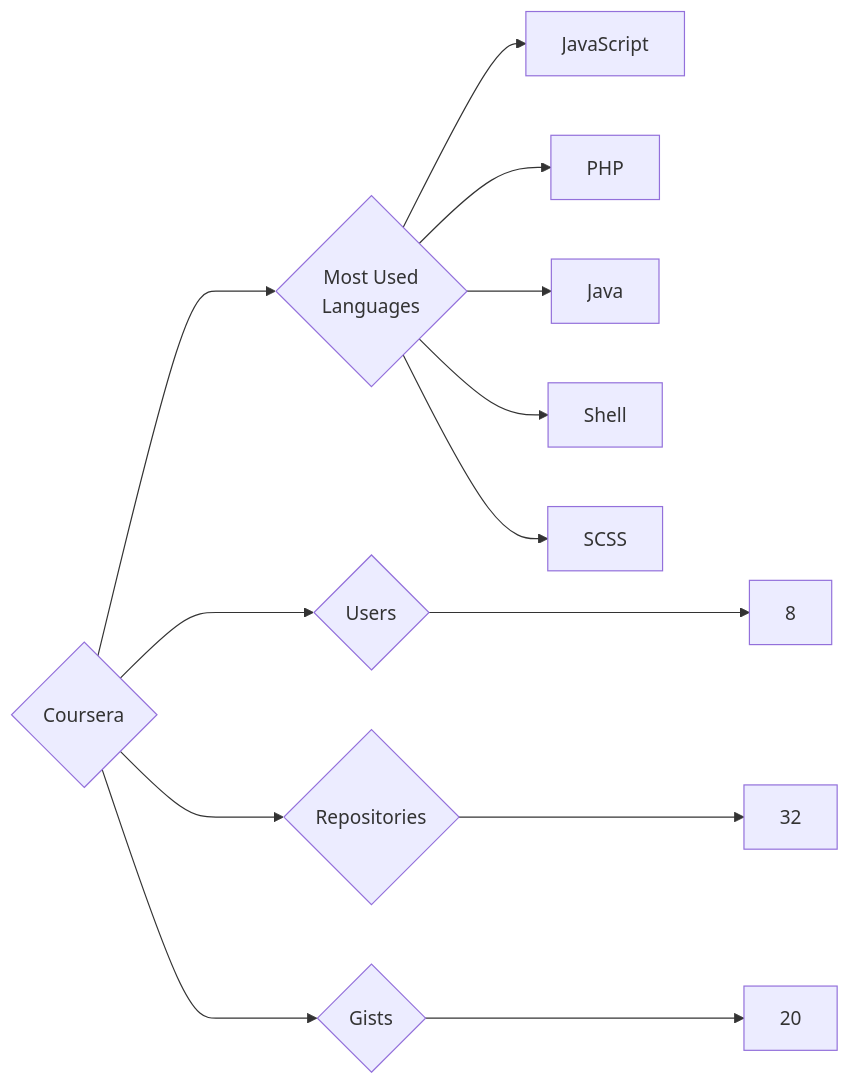
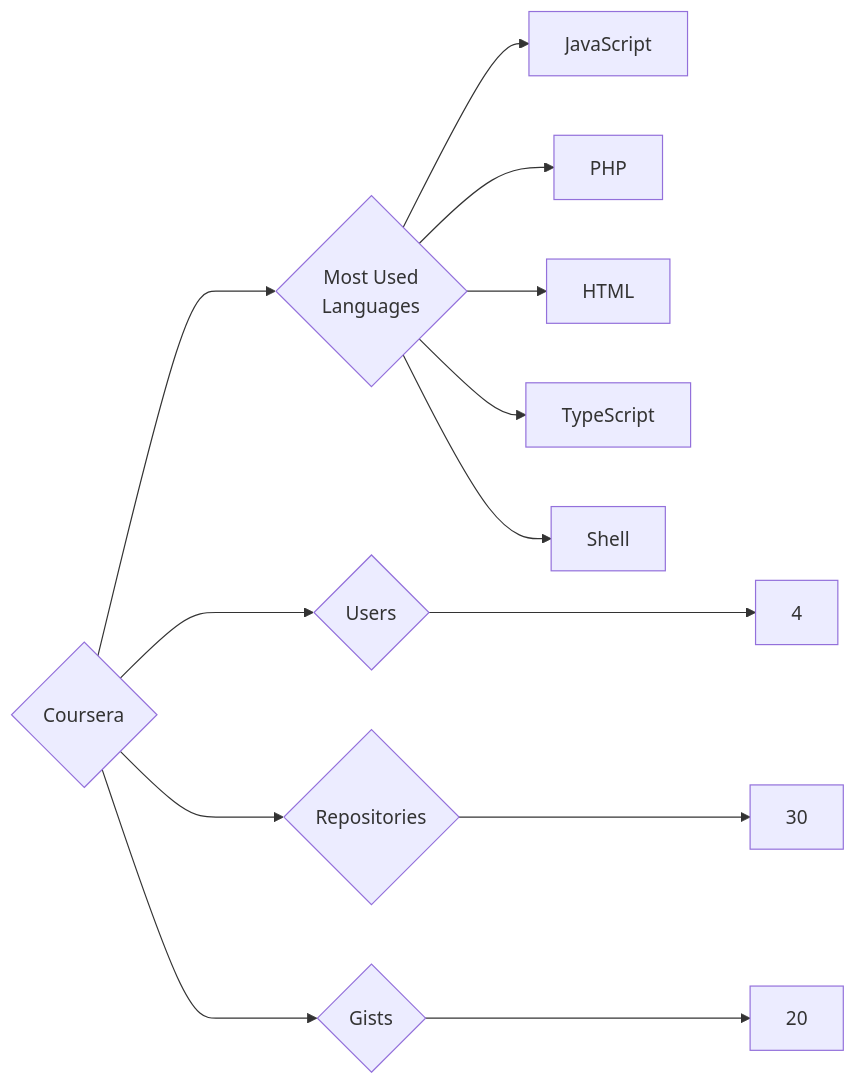
The diagram in targets/Coursera/README.md (trickest/insiders), drawn with Mermaid before and after one commit. The commit also changed 1170 other files, not shown here.

````diff
--- a/targets/Coursera/README.md
+++ b/targets/Coursera/README.md
@@ -3,13 +3,13 @@
 ```mermaid
 graph LR
 COMPANY_NAME{Coursera}
-COMPANY_NAME ---> U{Users} ---> UN[8]
-COMPANY_NAME ---> R{Repositories} ---> RN[32]
+COMPANY_NAME ---> U{Users} ---> UN[4]
+COMPANY_NAME ---> R{Repositories} ---> RN[30]
 COMPANY_NAME ---> G{Gists} ---> GN[20]
 COMPANY_NAME ---> ML{Most Used<br>Languages}
 ML --> JavaScript[JavaScript]
 ML --> PHP[PHP]
-ML --> Java[Java]
+ML --> HTML[HTML]
+ML --> TypeScript[TypeScript]
 ML --> Shell[Shell]
-ML --> SCSS[SCSS]
 ```
````
